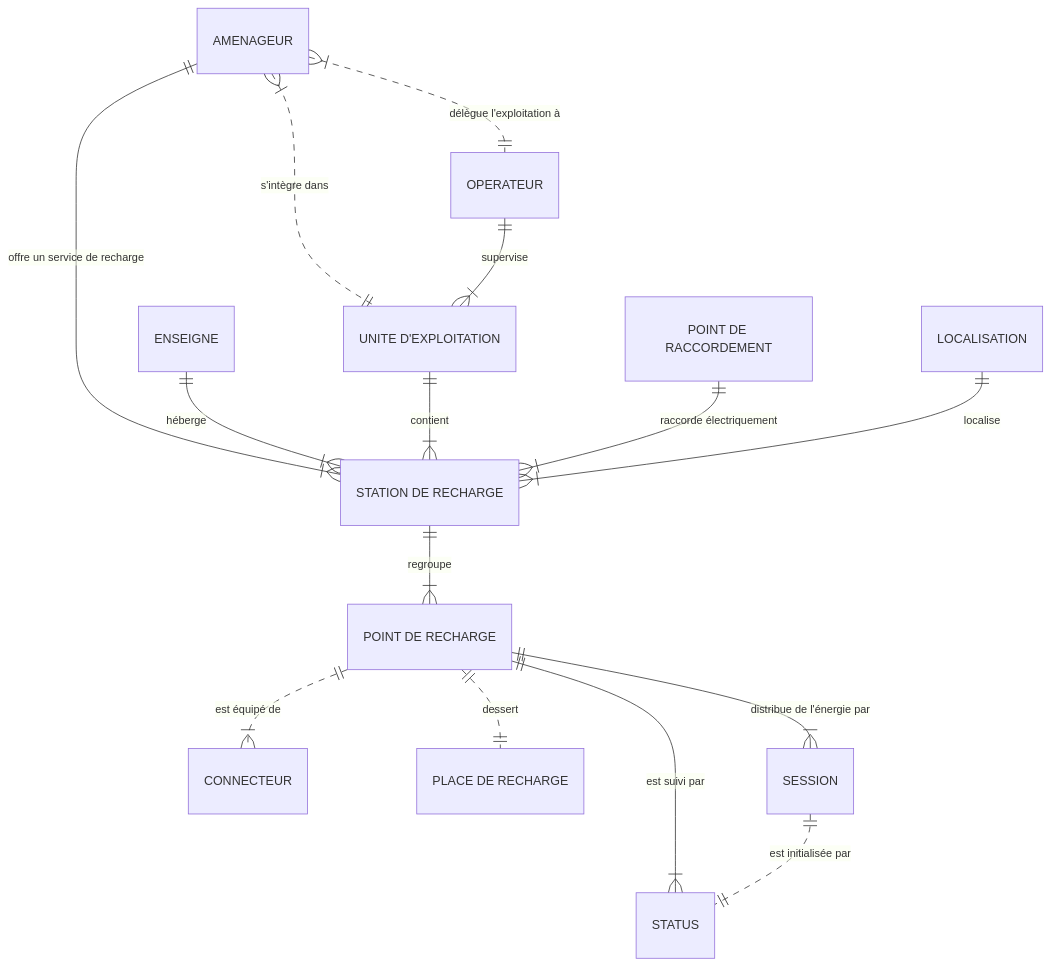
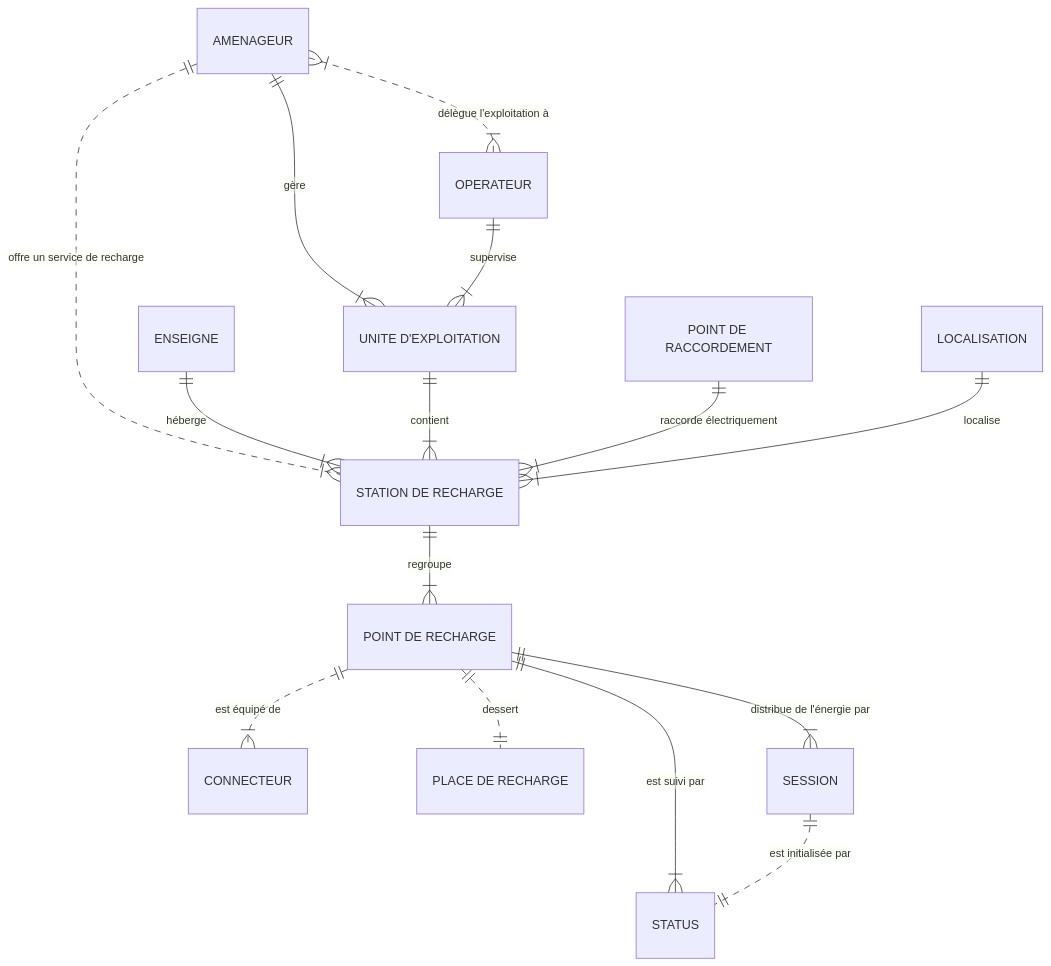
The sixth of 17 diagrams in docs/modele.md (MTES-MCT/qualicharge), drawn with Mermaid before and after one commit. The commit also changed other lines of this file, not shown here.

Commit message:
règle d'affectation des unités d'exploitation

````diff
--- a/docs/modele.md
+++ b/docs/modele.md
@@ -212,17 +214,17 @@
 ```mermaid
 erDiagram
-    AMENAGEUR ||--|{ "STATION DE RECHARGE" : "offre un service de recharge"
-    AMENAGEUR |{..|| "UNITE D'EXPLOITATION" : "s'intègre dans"
+    AMENAGEUR ||..|{ "STATION DE RECHARGE" : "offre un service de recharge"
+    AMENAGEUR ||--|{ "UNITE D'EXPLOITATION" : "gère"
     ENSEIGNE ||--|{ "STATION DE RECHARGE": "héberge"
     OPERATEUR ||--|{ "UNITE D'EXPLOITATION": "supervise"
-    AMENAGEUR |{..|| OPERATEUR: "délègue l'exploitation à"
+    AMENAGEUR |{..|{ OPERATEUR: "délègue l'exploitation à"
     "UNITE D'EXPLOITATION" ||--|{ "STATION DE RECHARGE": "contient"
     "POINT DE RACCORDEMENT" ||--|{ "STATION DE RECHARGE" : "raccorde électriquement"
     LOCALISATION ||--|{ "STATION DE RECHARGE": "localise"
     "STATION DE RECHARGE" ||--|{ "POINT DE RECHARGE" : regroupe
     "POINT DE RECHARGE" ||..|{ "CONNECTEUR": "est équipé de"
     "POINT DE RECHARGE" ||..|| "PLACE DE RECHARGE" : "dessert"
     "POINT DE RECHARGE" ||--|{ "STATUS" : "est suivi par"
     "POINT DE RECHARGE" ||--|{ "SESSION" : "distribue de l'énergie par"
     "SESSION" ||..|| "STATUS" : "est initialisée par"
 ```
````
